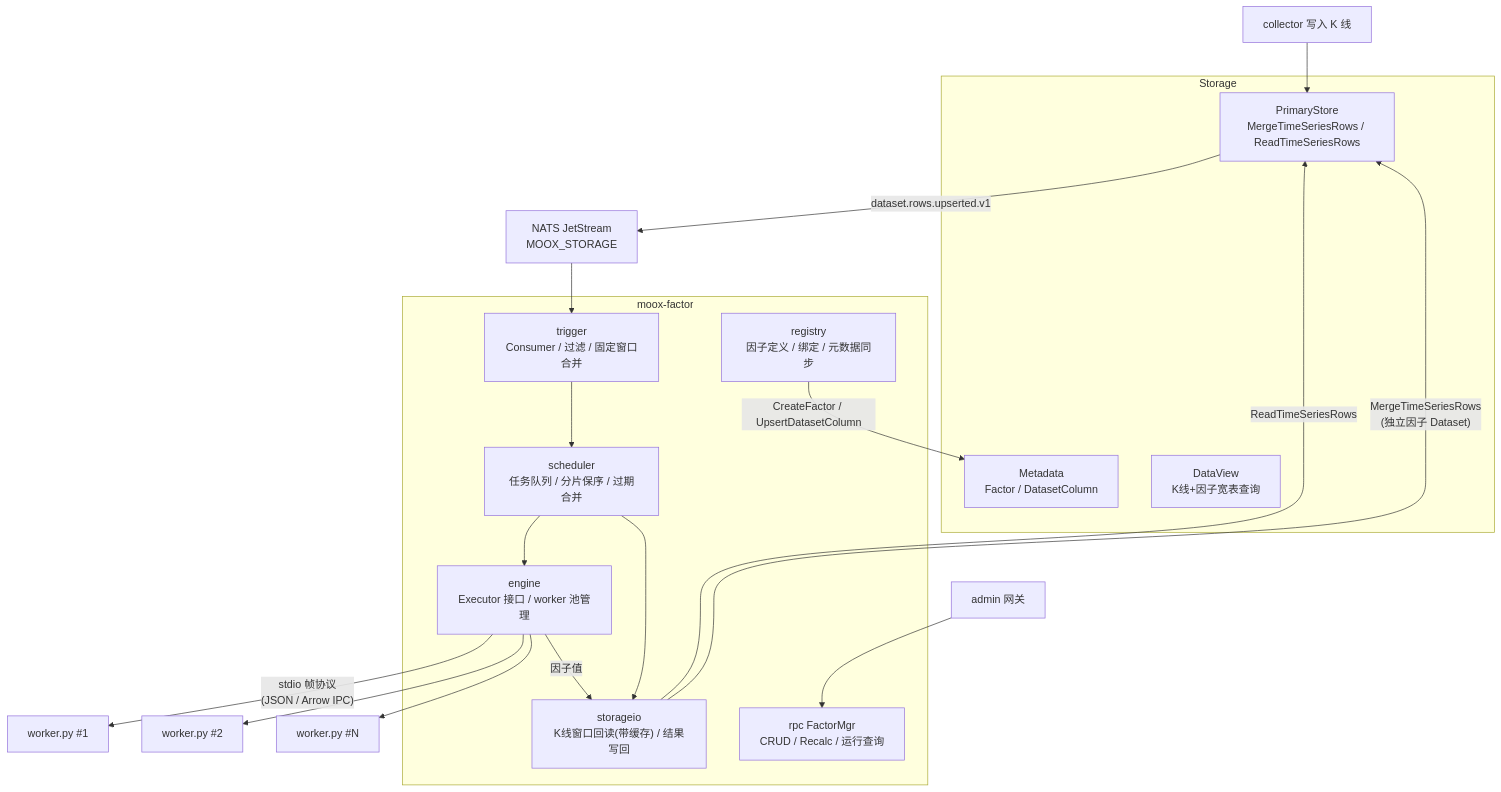
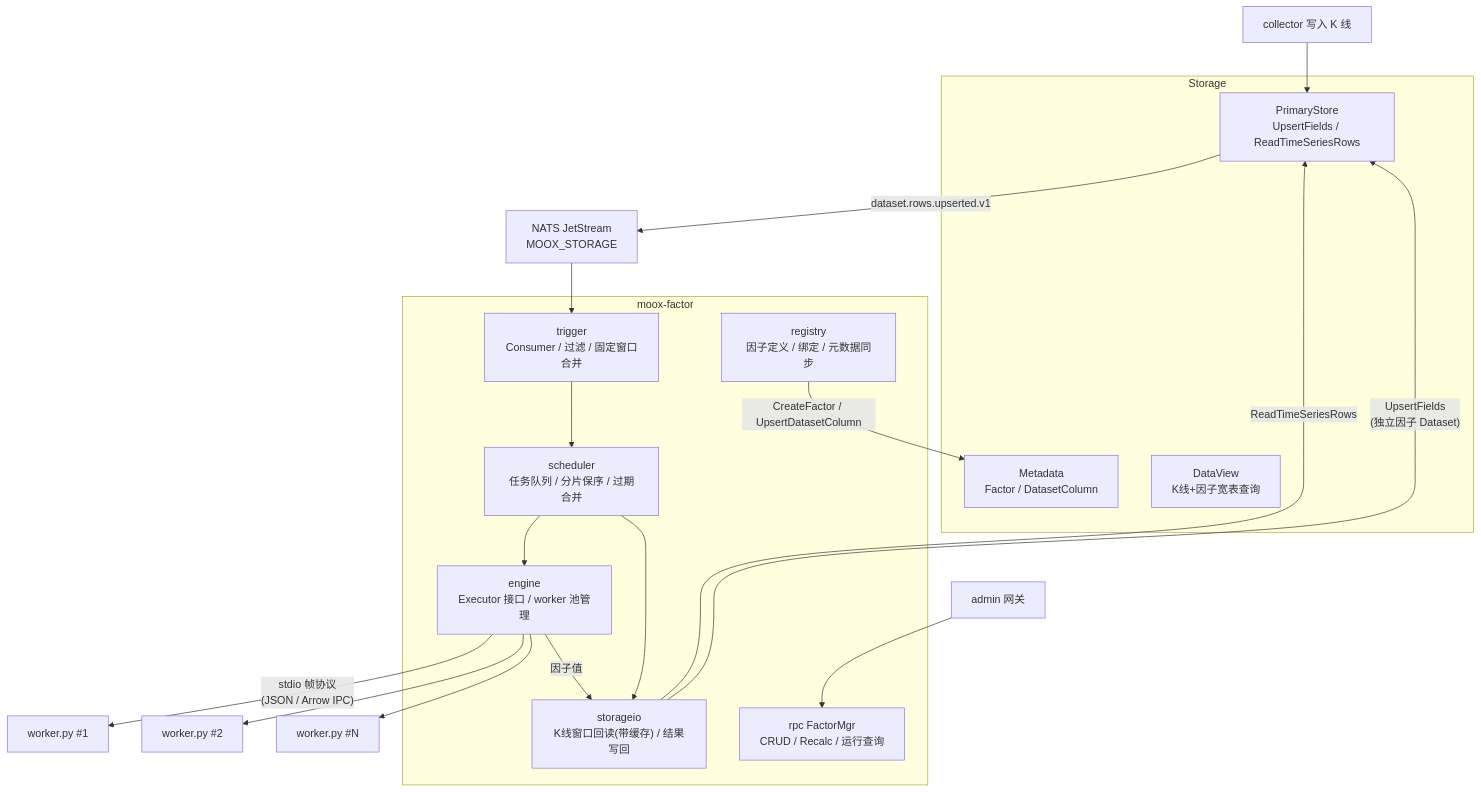
Before and after one commit to mooyang-code/moox: the second of 3 diagrams in docs/因子计算模块设计.md, drawn with Mermaid. The commit also changed other lines of this file and 163 other files, not shown here.

````diff
--- a/docs/因子计算模块设计.md
+++ b/docs/因子计算模块设计.md
@@ -64,31 +64,31 @@
 ```mermaid
 flowchart TB
   subgraph storage["Storage"]
-    PrimaryStore["PrimaryStore<br/>MergeTimeSeriesRows / ReadTimeSeriesRows"]
+    PrimaryStore["PrimaryStore<br/>UpsertFields / ReadTimeSeriesRows"]
     Meta["Metadata<br/>Factor / DatasetColumn"]
     View["DataView<br/>K线+因子宽表查询"]
   end
 
   Collector["collector 写入 K 线"] --> PrimaryStore
   PrimaryStore -- "dataset.rows.upserted.v1" --> JS["NATS JetStream<br/>MOOX_STORAGE"]
 
   subgraph factor["moox-factor"]
     Trigger["trigger<br/>Consumer / 过滤 / 固定窗口合并"]
     Sched["scheduler<br/>任务队列 / 分片保序 / 过期合并"]
     SIO["storageio<br/>K线窗口回读(带缓存) / 结果写回"]
     Engine["engine<br/>Executor 接口 / worker 池管理"]
     Registry["registry<br/>因子定义 / 绑定 / 元数据同步"]
     RPC["rpc FactorMgr<br/>CRUD / Recalc / 运行查询"]
   end
 
   JS --> Trigger --> Sched --> Engine
   Sched --> SIO
   SIO -- ReadTimeSeriesRows --> PrimaryStore
   Engine -- "stdio 帧协议<br/>(JSON / Arrow IPC)" --> W1["worker.py #1"]
   Engine --> W2["worker.py #2"]
   Engine --> WN["worker.py #N"]
   Engine -- 因子值 --> SIO
-  SIO -- "MergeTimeSeriesRows<br/>(独立因子 Dataset)" --> PrimaryStore
+  SIO -- "UpsertFields<br/>(独立因子 Dataset)" --> PrimaryStore
   Registry -- "CreateFactor / UpsertDatasetColumn" --> Meta
   Admin["admin 网关"] --> RPC
 ```
````
